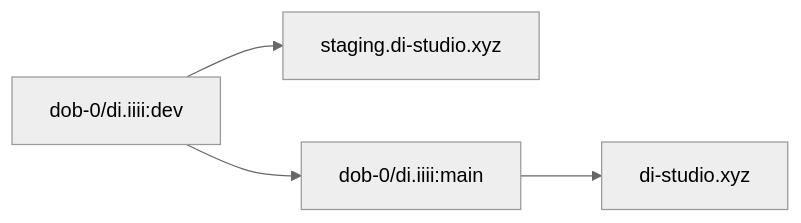
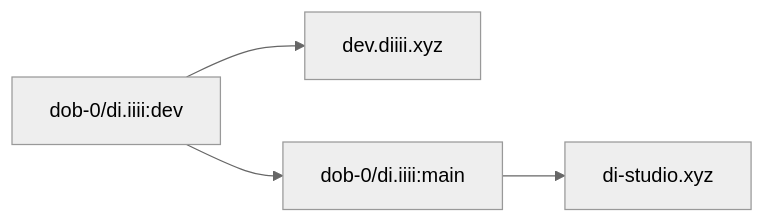
One commit to dob-0/di.iiii changed the diagram in docs/ops/PRIVATE_DEV_PUBLIC_SHOWCASE.md. Above: the diagram before and after it, drawn with Mermaid (neutral theme). The commit also changed other lines of this file and 125 other files, not shown here.

First line of the commit message:
chore: retire "staging" — the tiers are local · dev · prod

````diff
--- a/docs/ops/PRIVATE_DEV_PUBLIC_SHOWCASE.md
+++ b/docs/ops/PRIVATE_DEV_PUBLIC_SHOWCASE.md
@@ -11,6 +11,6 @@
 ```mermaid
 flowchart LR
-    dev["dob-0/di.iiii:dev"] --> staging_env["staging.di-studio.xyz"]
+    dev["dob-0/di.iiii:dev"] --> devtier_env["dev.diiii.xyz"]
     dev --> main["dob-0/di.iiii:main"]
     main --> host["di-studio.xyz"]
 ```
````
